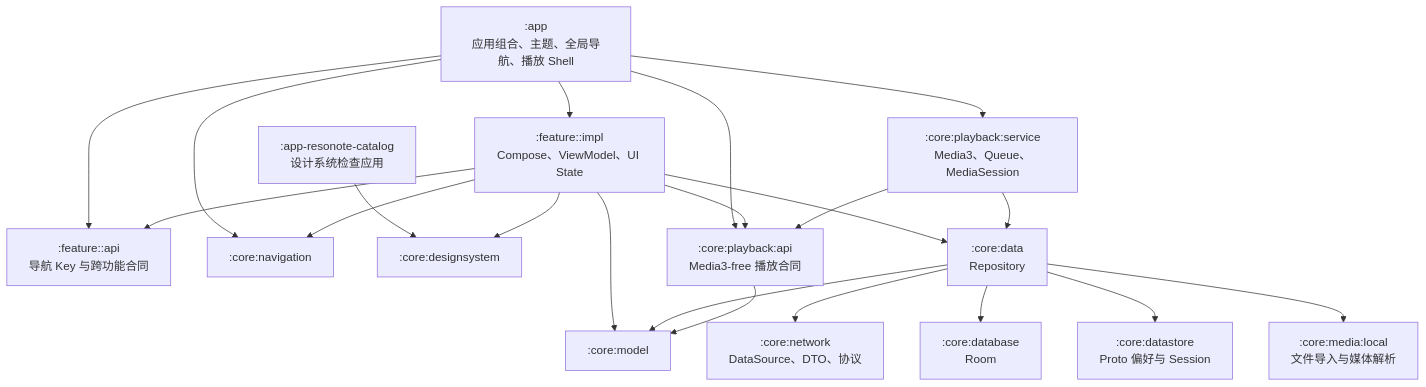
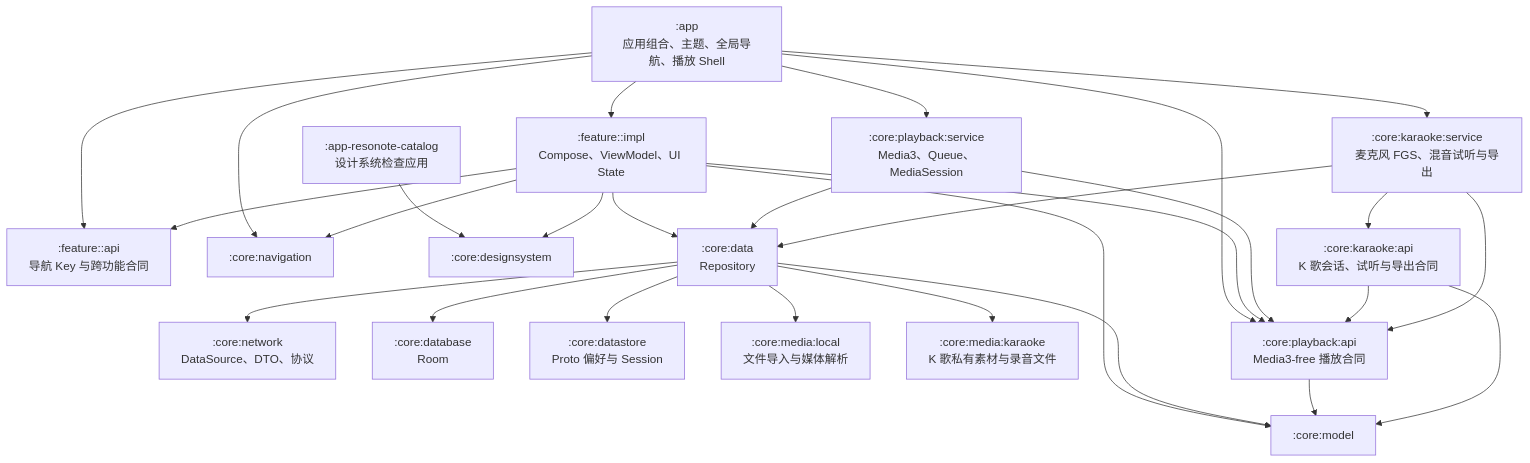
The first of 4 diagrams in docs/ARCHITECTURE.md (JamesGZM/Resonote), drawn with Mermaid before and after one commit. The commit also changed other lines of this file and 76 other files, not shown here.

````diff
--- a/docs/ARCHITECTURE.md
+++ b/docs/ARCHITECTURE.md
@@ -15,43 +15,53 @@
 ```mermaid
 flowchart TB
     app[":app\n应用组合、主题、全局导航、播放 Shell"]
     catalog[":app-resonote-catalog\n设计系统检查应用"]
 
     featureApi[":feature:<name>:api\n导航 Key 与跨功能合同"]
     featureImpl[":feature:<name>:impl\nCompose、ViewModel、UI State"]
 
     navigation[":core:navigation"]
     design[":core:designsystem"]
     model[":core:model"]
     data[":core:data\nRepository"]
     network[":core:network\nDataSource、DTO、协议"]
     database[":core:database\nRoom"]
     datastore[":core:datastore\nProto 偏好与 Session"]
     local[":core:media:local\n文件导入与媒体解析"]
+    karaokeMedia[":core:media:karaoke\nK 歌私有素材与录音文件"]
     playbackApi[":core:playback:api\nMedia3-free 播放合同"]
     playbackService[":core:playback:service\nMedia3、Queue、MediaSession"]
+    karaokeApi[":core:karaoke:api\nK 歌会话、试听与导出合同"]
+    karaokeService[":core:karaoke:service\n麦克风 FGS、混音试听与导出"]
 
     app --> featureApi
     app --> featureImpl
     app --> navigation
     app --> playbackApi
     app --> playbackService
+    app --> karaokeService
     catalog --> design
 
     featureImpl --> featureApi
     featureImpl --> navigation
     featureImpl --> design
     featureImpl --> model
     featureImpl --> data
     featureImpl --> playbackApi
 
     data --> model
     data --> network
     data --> database
     data --> datastore
     data --> local
+    data --> karaokeMedia
 
     playbackApi --> model
     playbackService --> playbackApi
     playbackService --> data
+    karaokeApi --> model
+    karaokeApi --> playbackApi
+    karaokeService --> karaokeApi
+    karaokeService --> playbackApi
+    karaokeService --> data
 ```
````
